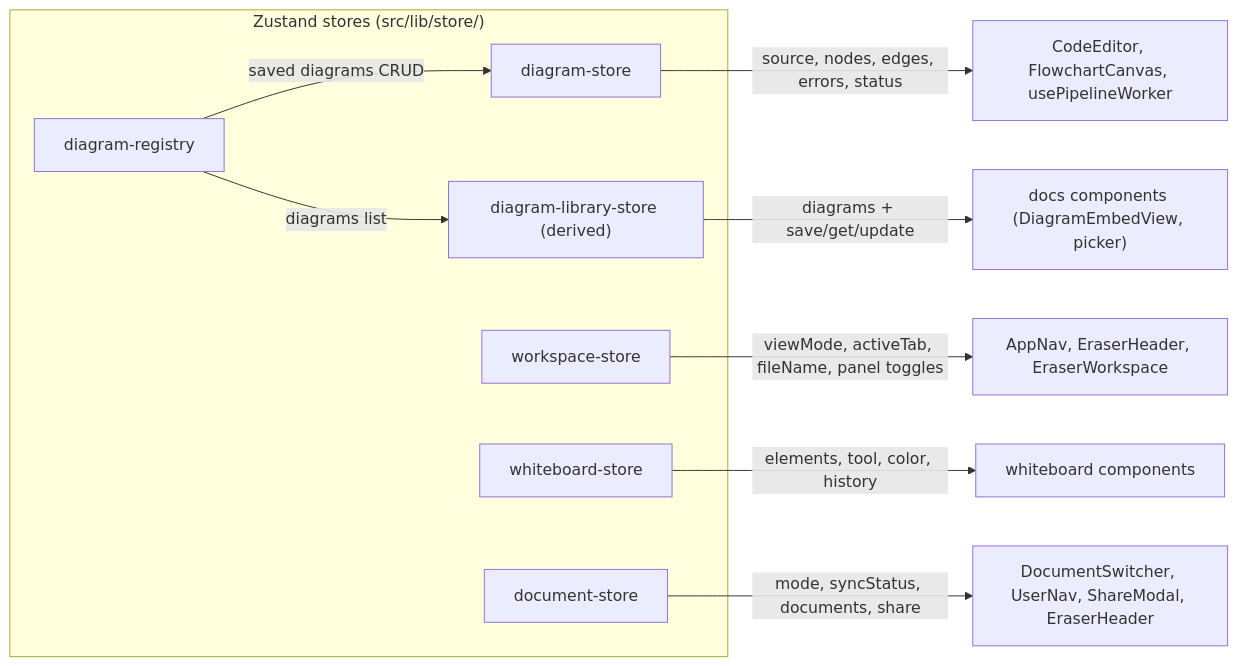
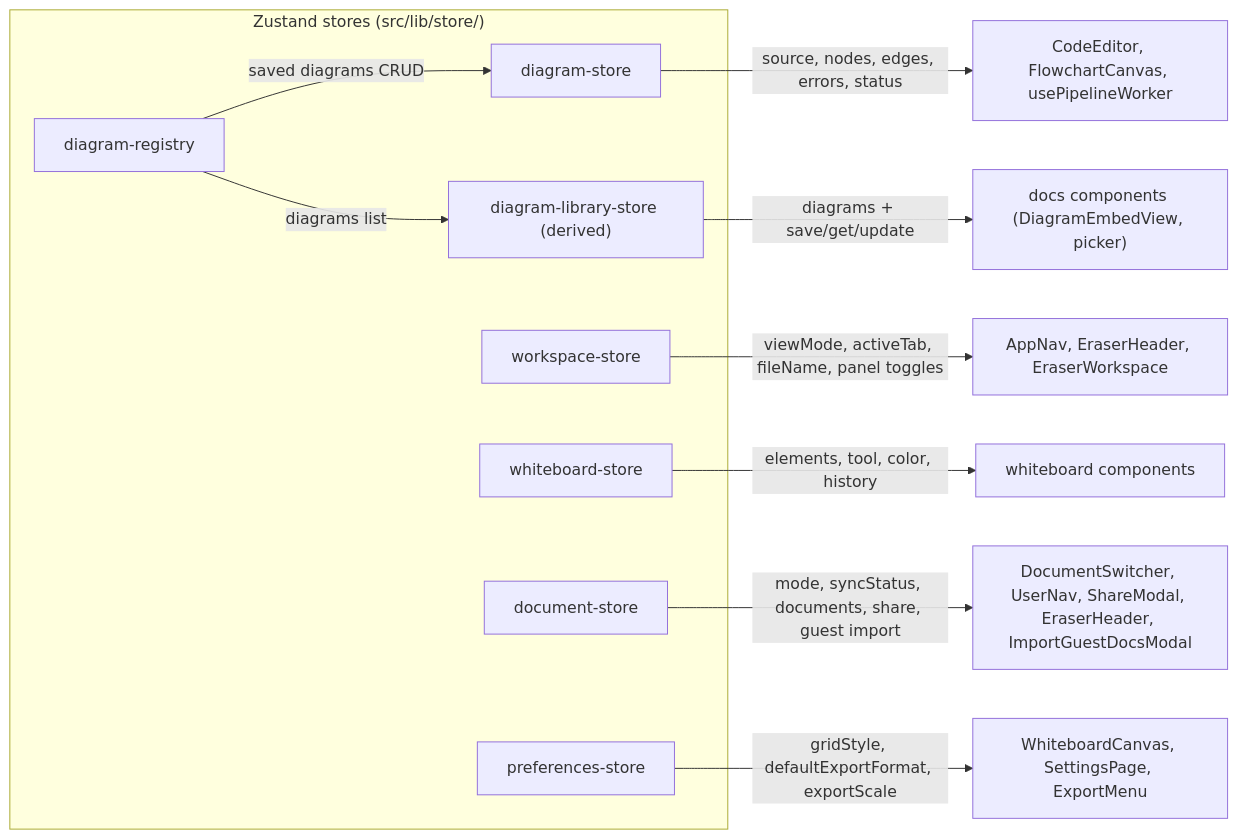
One commit to BhupendraLute/eraserio-clone changed the diagram in Documentation/06-state-management.md. Above: the diagram before and after it, drawn with Mermaid. The commit also changed 33 other files, not shown here.

First line of the commit message:
feat(profile-userflow): elevate profile settings, document UX, and workspace team management

````diff
--- a/Documentation/06-state-management.md
+++ b/Documentation/06-state-management.md
@@ -31,19 +31,21 @@
 ```mermaid
 flowchart LR
     subgraph Stores["Zustand stores (src/lib/store/)"]
         WS["workspace-store"]
         DS["diagram-store"]
         REG["diagram-registry"]
         LIB["diagram-library-store (derived)"]
         WBS["whiteboard-store"]
         DOC["document-store"]
+        PREF["preferences-store"]
     end
 
     WS -->|"viewMode, activeTab, fileName, panel toggles"| SHELL["AppNav, EraserHeader, EraserWorkspace"]
     DS -->|"source, nodes, edges, errors, status"| EDITOR["CodeEditor, FlowchartCanvas, usePipelineWorker"]
     REG -->|"saved diagrams CRUD"| DS
     REG -->|"diagrams list"| LIB
     LIB -->|"diagrams + save/get/update"| DOCS["docs components (DiagramEmbedView, picker)"]
     WBS -->|"elements, tool, color, history"| WBC["whiteboard components"]
-    DOC -->|"mode, syncStatus, documents, share"| AUTH["DocumentSwitcher, UserNav, ShareModal, EraserHeader"]
+    DOC -->|"mode, syncStatus, documents, share, guest import"| AUTH["DocumentSwitcher, UserNav, ShareModal, EraserHeader, ImportGuestDocsModal"]
+    PREF -->|"gridStyle, defaultExportFormat, exportScale"| PREF_UI["WhiteboardCanvas, SettingsPage, ExportMenu"]
 ```
````
